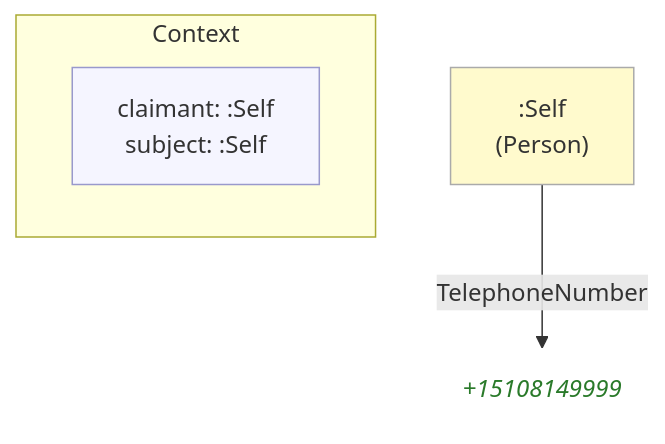
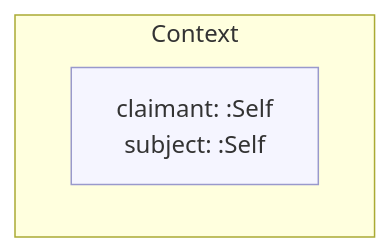
The diagram in example/contexts/images/self.self(att)(companies)(11).mmd (MeeFoundation/mia-ontologies), drawn with Mermaid before and after one commit. The commit also changed 62 other files, not shown here.

```diff
--- a/example/contexts/images/self.self(att)(companies)(11).mmd
+++ b/example/contexts/images/self.self(att)(companies)(11).mmd
@@ -1,16 +1,11 @@
 flowchart TD
     classDef person fill:#fffacd,stroke:#aaa,color:#333
     classDef grp    fill:#d4edda,stroke:#aaa,color:#333
     classDef org    fill:#cce5ff,stroke:#aaa,color:#333
     classDef lit    fill:none,stroke:none,font-style:italic,color:#2a7a2a
     classDef meta   fill:#f5f5ff,stroke:#9999cc,color:#333
 
     subgraph ctx["Context"]
         direction LR
         ctx_meta["claimant: :Self\nsubject: :Self"]:::meta
     end
-
-    ne0c3ba92f1db[":Self\n(Person)"]:::person
-    n05563ce1d1f4("+15108149999"):::lit
-
-    ne0c3ba92f1db -->|"TelephoneNumber"| n05563ce1d1f4
```
